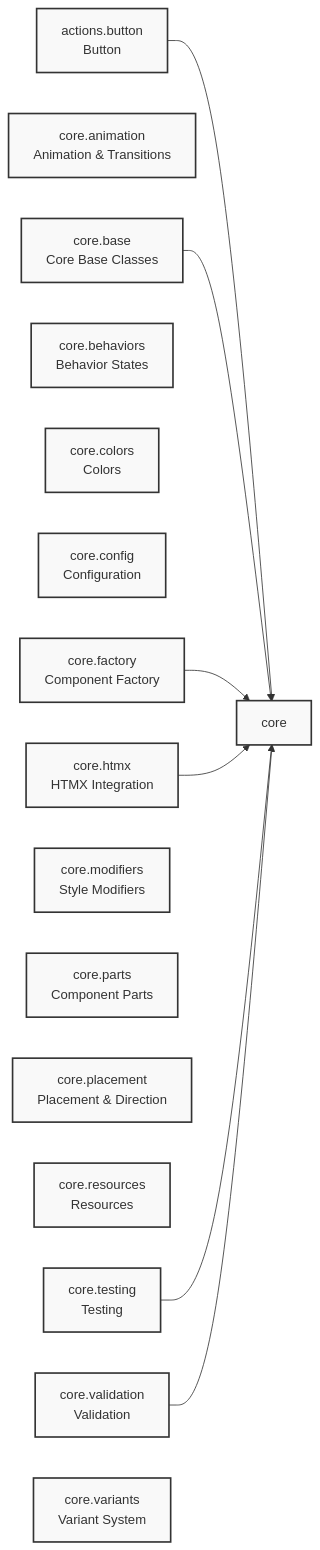
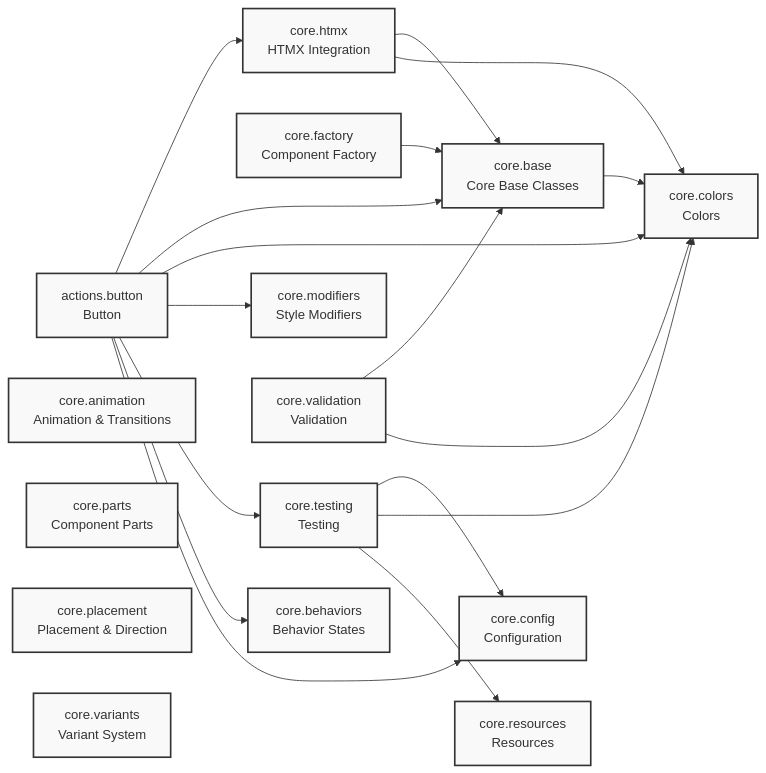
One commit to cj-mills/cjm-fasthtml-daisyui changed the diagram in README.md. Above: the diagram before and after it, drawn with Mermaid. The commit also changed other lines of this file and 23 other files, not shown here.

````diff
--- a/README.md
+++ b/README.md
@@ -47,27 +47,37 @@
 ``` mermaid
 graph LR
-    actions.button[actions.button<br/>Button]
-    core.animation[core.animation<br/>Animation & Transitions]
-    core.base[core.base<br/>Core Base Classes]
-    core.behaviors[core.behaviors<br/>Behavior States]
-    core.colors[core.colors<br/>Colors]
-    core.config[core.config<br/>Configuration]
-    core.factory[core.factory<br/>Component Factory]
-    core.htmx[core.htmx<br/>HTMX Integration]
-    core.modifiers[core.modifiers<br/>Style Modifiers]
-    core.parts[core.parts<br/>Component Parts]
-    core.placement[core.placement<br/>Placement & Direction]
-    core.resources[core.resources<br/>Resources]
-    core.testing[core.testing<br/>Testing]
-    core.validation[core.validation<br/>Validation]
-    core.variants[core.variants<br/>Variant System]
+    actions_button[actions.button<br/>Button]
+    core_animation[core.animation<br/>Animation & Transitions]
+    core_base[core.base<br/>Core Base Classes]
+    core_behaviors[core.behaviors<br/>Behavior States]
+    core_colors[core.colors<br/>Colors]
+    core_config[core.config<br/>Configuration]
+    core_factory[core.factory<br/>Component Factory]
+    core_htmx[core.htmx<br/>HTMX Integration]
+    core_modifiers[core.modifiers<br/>Style Modifiers]
+    core_parts[core.parts<br/>Component Parts]
+    core_placement[core.placement<br/>Placement & Direction]
+    core_resources[core.resources<br/>Resources]
+    core_testing[core.testing<br/>Testing]
+    core_validation[core.validation<br/>Validation]
+    core_variants[core.variants<br/>Variant System]
 
-    actions.button --> core
-    core.base --> core
-    core.factory --> core
-    core.htmx --> core
-    core.testing --> core
-    core.validation --> core
+    actions_button --> core_htmx
+    actions_button --> core_base
+    actions_button --> core_colors
+    actions_button --> core_modifiers
+    actions_button --> core_testing
+    actions_button --> core_behaviors
+    actions_button --> core_config
+    core_base --> core_colors
+    core_factory --> core_base
+    core_htmx --> core_base
+    core_htmx --> core_colors
+    core_testing --> core_config
+    core_testing --> core_colors
+    core_testing --> core_resources
+    core_validation --> core_base
+    core_validation --> core_colors
 
     classDef default fill:#f9f9f9,stroke:#333,stroke-width:2px
 ```
````
